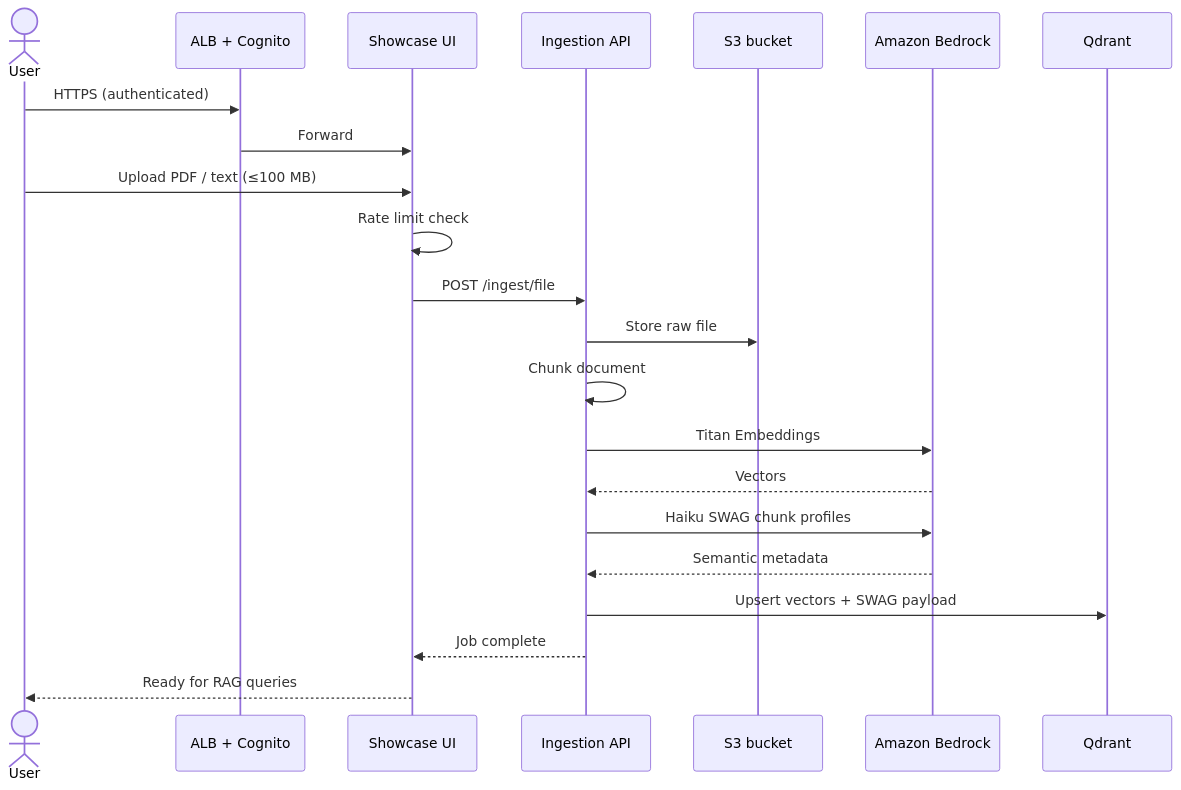
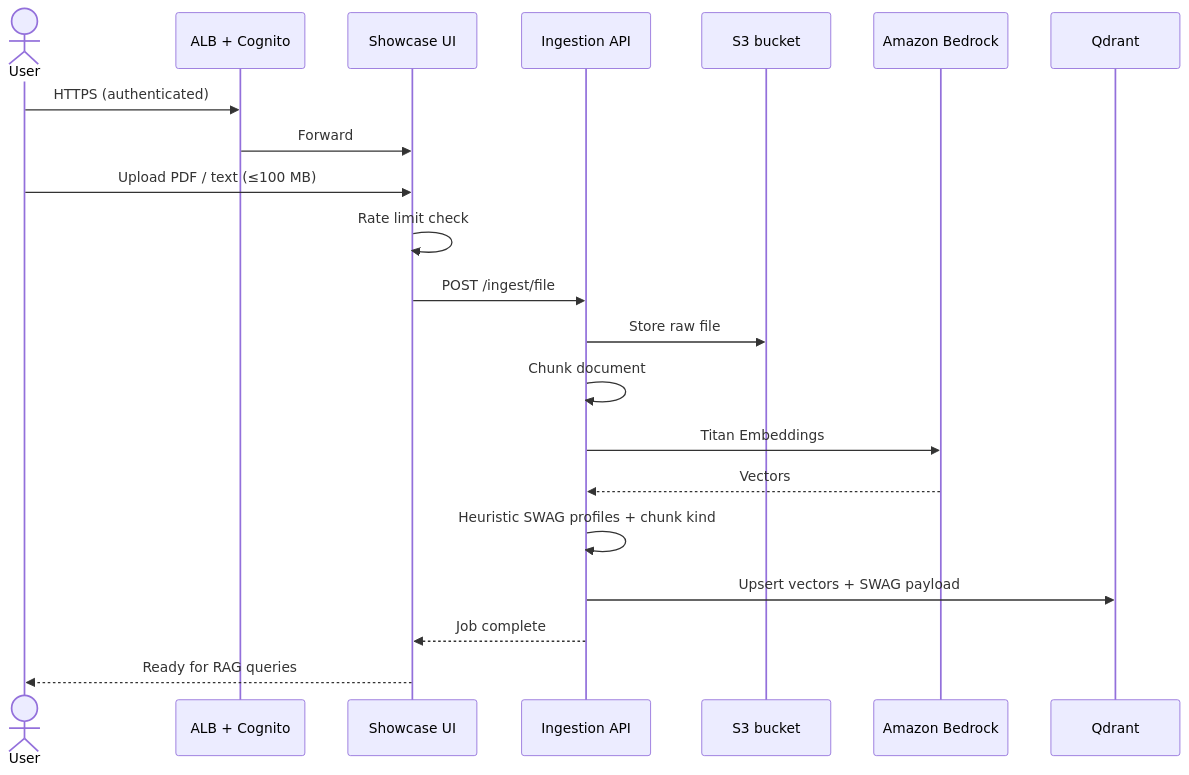
The fourth of 7 diagrams in docs/ARCHITECTURE_DIAGRAM.md (emguru/langrag), drawn with Mermaid before and after one commit. The commit also changed other lines of this file and 42 other files, not shown here.

First line of the commit message:
Document SWAG eval pipeline, HITL research flow, and demo tooling.

````diff
--- a/docs/ARCHITECTURE_DIAGRAM.md
+++ b/docs/ARCHITECTURE_DIAGRAM.md
@@ -168,25 +180,24 @@
 ```mermaid
 sequenceDiagram
   actor User
   participant ALB as ALB + Cognito
   participant UI as Showcase UI
   participant Ing as Ingestion API
   participant S3 as S3 bucket
   participant BR as Amazon Bedrock
   participant Q as Qdrant
 
   User->>ALB: HTTPS (authenticated)
   ALB->>UI: Forward
   User->>UI: Upload PDF / text (≤100 MB)
   UI->>UI: Rate limit check
   UI->>Ing: POST /ingest/file
   Ing->>S3: Store raw file
   Ing->>Ing: Chunk document
   Ing->>BR: Titan Embeddings
   BR-->>Ing: Vectors
-  Ing->>BR: Haiku SWAG chunk profiles
-  BR-->>Ing: Semantic metadata
+  Ing->>Ing: Heuristic SWAG profiles + chunk kind
   Ing->>Q: Upsert vectors + SWAG payload
   Ing-->>UI: Job complete
   UI-->>User: Ready for RAG queries
 ```
````
